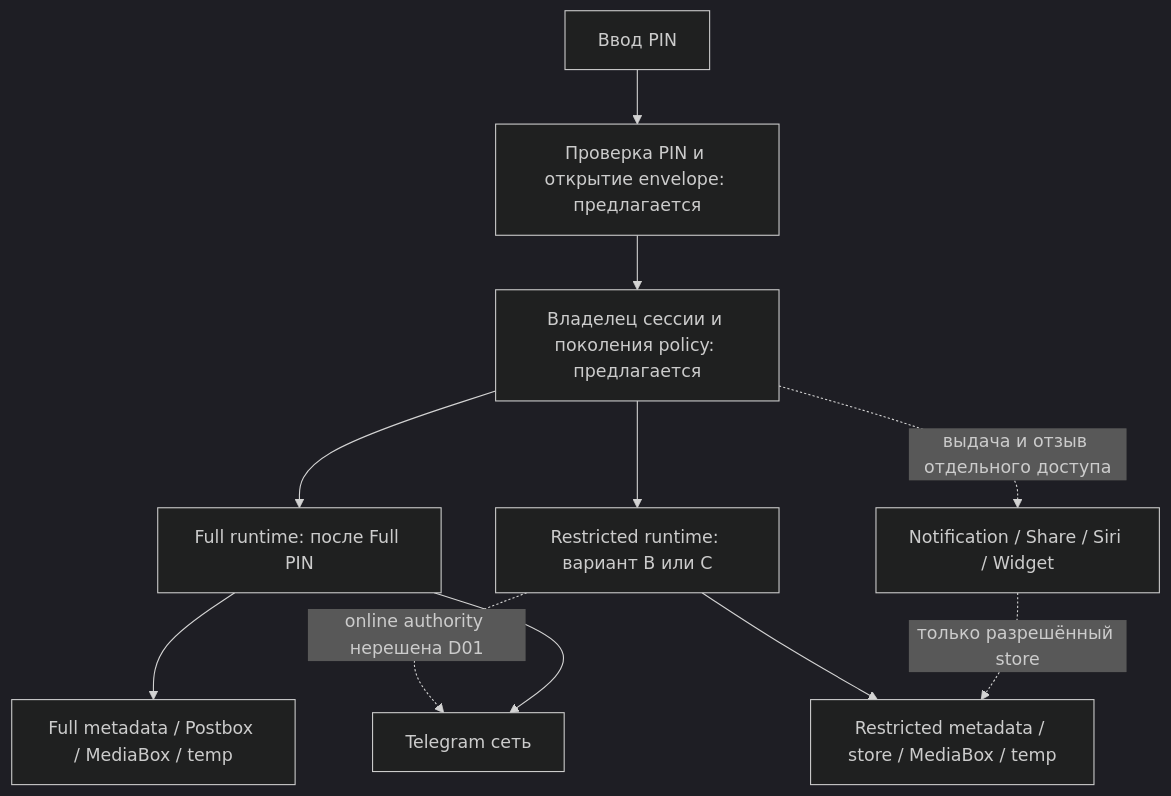
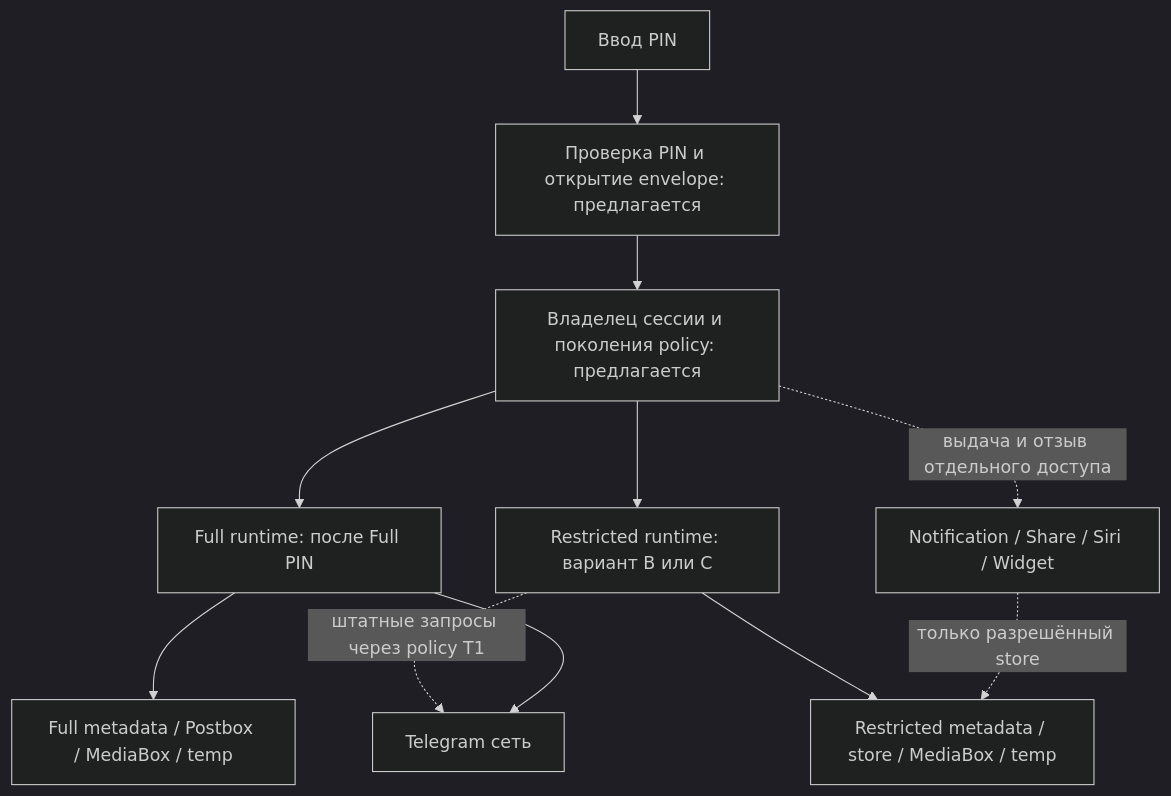
The first of 5 diagrams in restricted_mode/architecture/05_TARGET_ARCHITECTURE.md (AndreySh34AI/biremis), drawn with Mermaid (dark theme) before and after one commit. The commit also changed other lines of this file and 10 other files, not shown here.

````diff
--- a/restricted_mode/architecture/05_TARGET_ARCHITECTURE.md
+++ b/restricted_mode/architecture/05_TARGET_ARCHITECTURE.md
@@ -9,13 +9,13 @@
 ```mermaid
 flowchart TD
     PIN[Ввод PIN] --> Auth[Проверка PIN и открытие envelope: предлагается]
     Auth --> Gate[Владелец сессии и поколения policy: предлагается]
     Gate --> Full[Full runtime: после Full PIN]
     Gate --> Restricted[Restricted runtime: вариант B или C]
     Full --> FS[Full metadata / Postbox / MediaBox / temp]
     Restricted --> RS[Restricted metadata / store / MediaBox / temp]
     Gate -. выдача и отзыв отдельного доступа .-> Ext[Notification / Share / Siri / Widget]
     Ext -. только разрешённый store .-> RS
-    Restricted -. online authority нерешена D01 .-> Network[Telegram сеть]
+    Restricted -. штатные запросы через policy T1 .-> Network[Telegram сеть]
     Full --> Network
 ```
````
